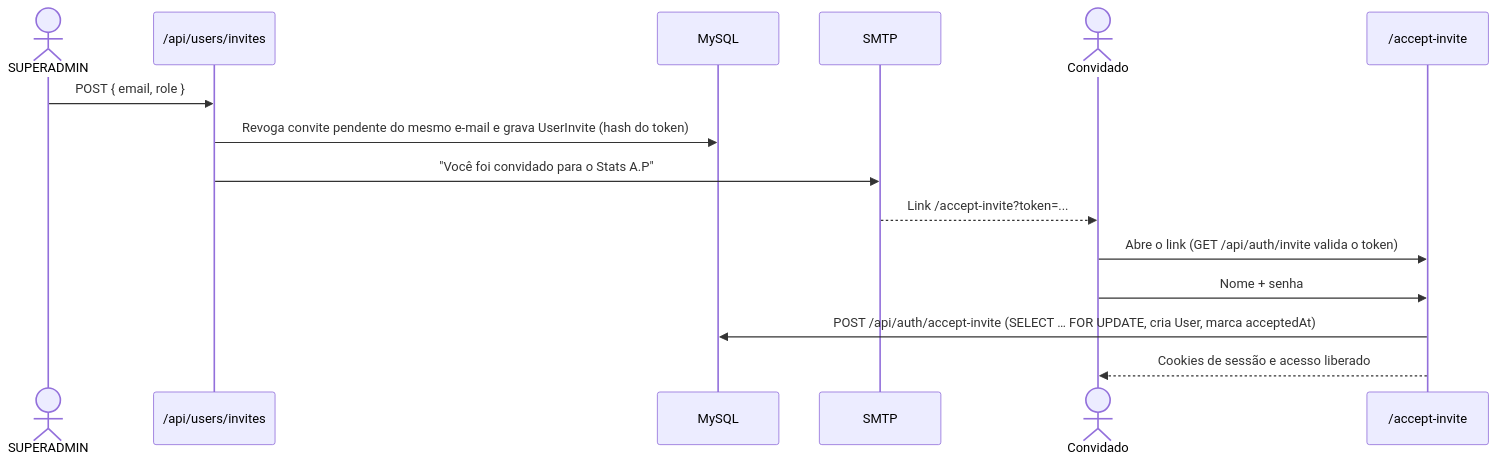
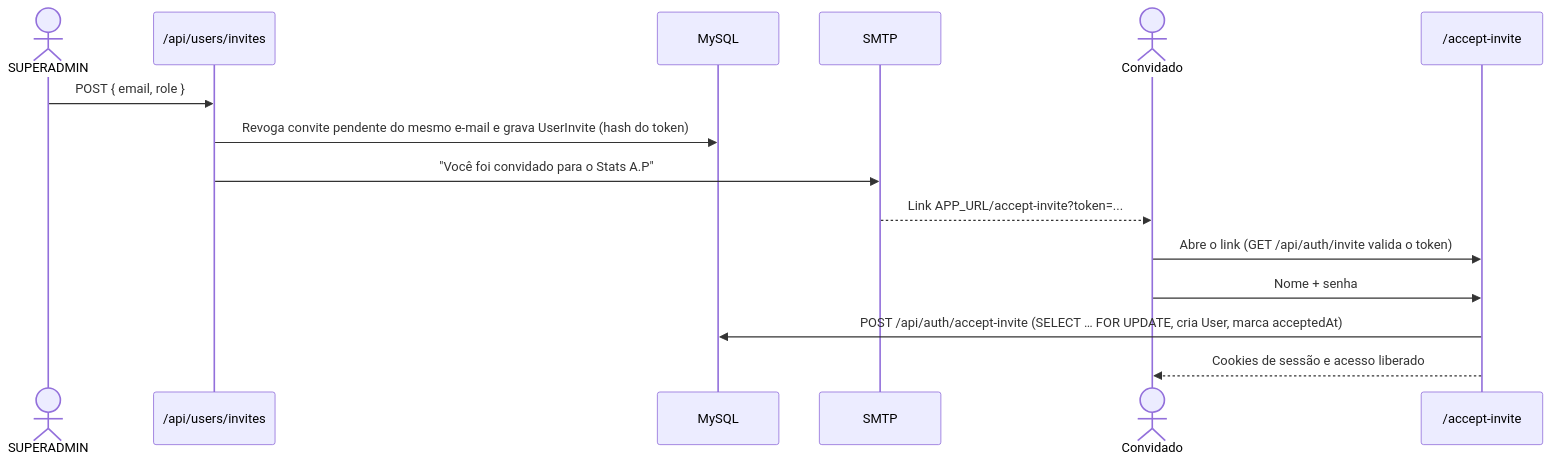
The fourth of 5 diagrams in README.md (jefersonrocha-py/statsAP), drawn with Mermaid before and after one commit. The commit also changed other lines of this file and 3 other files, not shown here.

````diff
--- a/README.md
+++ b/README.md
@@ -280,18 +290,18 @@
 ```mermaid
 sequenceDiagram
   actor A as SUPERADMIN
   participant API as /api/users/invites
   participant DB as MySQL
   participant SMTP as SMTP
   actor C as Convidado
   participant P as /accept-invite
 
   A->>API: POST { email, role }
   API->>DB: Revoga convite pendente do mesmo e-mail e grava UserInvite (hash do token)
   API->>SMTP: "Você foi convidado para o Stats A.P"
-  SMTP-->>C: Link /accept-invite?token=...
+  SMTP-->>C: Link APP_URL/accept-invite?token=...
   C->>P: Abre o link (GET /api/auth/invite valida o token)
   C->>P: Nome + senha
   P->>DB: POST /api/auth/accept-invite (SELECT … FOR UPDATE, cria User, marca acceptedAt)
   P-->>C: Cookies de sessão e acesso liberado
 ```
````
